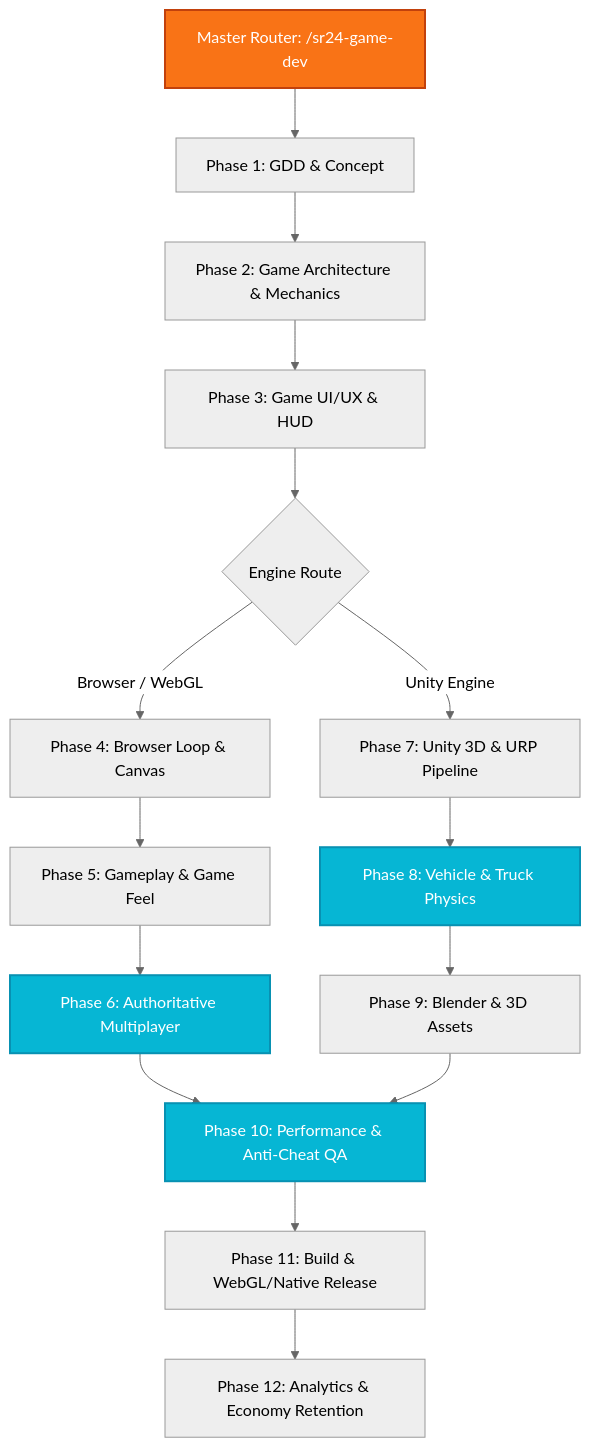
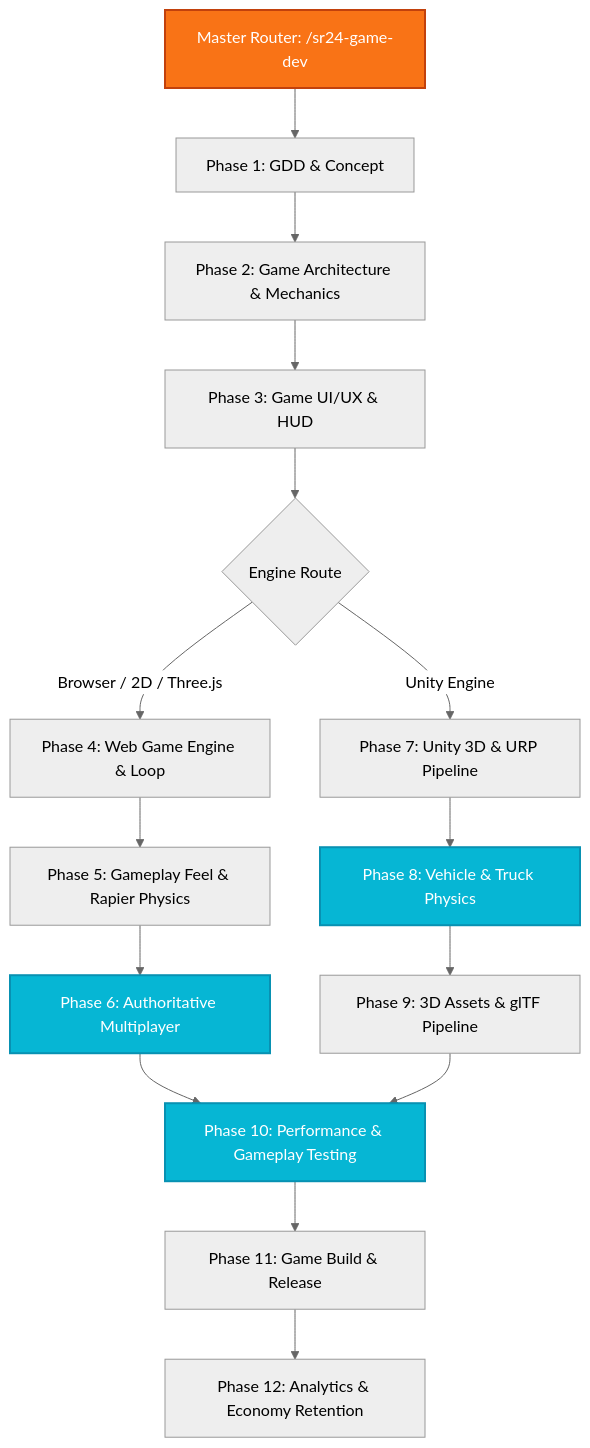
The diagram in docs/README-SR24-GAME-DEV.md (sahil24raj/SR24plus-engineering-toolkit), drawn with Mermaid (neutral theme) before and after one commit. The commit also changed other lines of this file and 71 other files, not shown here.

Commit message:
feat(toolkit): upgrade web and game dev skill packs with 65 production skills, comprehensive docs and 10/10 rating across all 24 phases

````diff
--- a/docs/README-SR24-GAME-DEV.md
+++ b/docs/README-SR24-GAME-DEV.md
@@ -27,22 +29,22 @@
 ```mermaid
 flowchart TD
     CMD["Master Router: /sr24-game-dev"] --> P1["Phase 1: GDD & Concept"]
     P1 --> P2["Phase 2: Game Architecture & Mechanics"]
     P2 --> P3["Phase 3: Game UI/UX & HUD"]
     P3 --> BRANCH{"Engine Route"}
-    BRANCH -->|"Browser / WebGL"| P4["Phase 4: Browser Loop & Canvas"]
+    BRANCH -->|"Browser / 2D / Three.js"| P4["Phase 4: Web Game Engine & Loop"]
     BRANCH -->|"Unity Engine"| P7["Phase 7: Unity 3D & URP Pipeline"]
-    P4 --> P5["Phase 5: Gameplay & Game Feel"]
+    P4 --> P5["Phase 5: Gameplay Feel & Rapier Physics"]
     P7 --> P8["Phase 8: Vehicle & Truck Physics"]
     P5 --> P6["Phase 6: Authoritative Multiplayer"]
-    P8 --> P9["Phase 9: Blender & 3D Assets"]
-    P6 --> P10["Phase 10: Performance & Anti-Cheat QA"]
+    P8 --> P9["Phase 9: 3D Assets & glTF Pipeline"]
+    P6 --> P10["Phase 10: Performance & Gameplay Testing"]
     P9 --> P10
-    P10 --> P11["Phase 11: Build & WebGL/Native Release"]
+    P10 --> P11["Phase 11: Game Build & Release"]
     P11 --> P12["Phase 12: Analytics & Economy Retention"]
 
     classDef lead fill:#f97316,stroke:#c2410c,stroke-width:2px,color:#fff;
     classDef gate fill:#06b6d4,stroke:#0891b2,stroke-width:2px,color:#fff;
     class CMD lead;
     class P6,P8,P10 gate;
 ```
````
